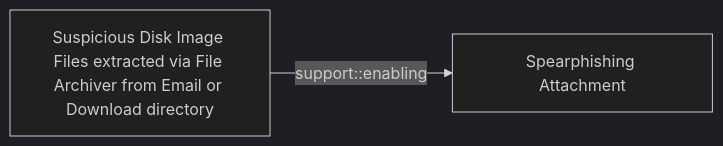
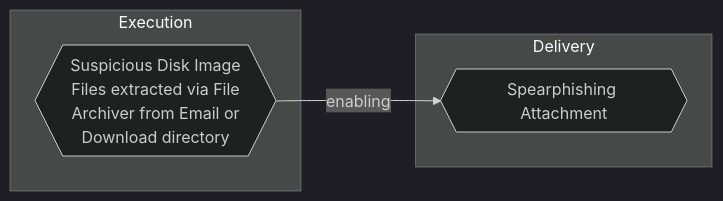
The diagram in docs/threats/suspicious-disk-image-files-extracted-via-file-archiver-from-email-or-download-directory.md (opentidehq/library), drawn with Mermaid (dark theme) before and after one commit. The commit also changed other lines of this file and 540 other files, not shown here.

````diff
--- a/docs/threats/suspicious-disk-image-files-extracted-via-file-archiver-from-email-or-download-directory.md
+++ b/docs/threats/suspicious-disk-image-files-extracted-via-file-archiver-from-email-or-download-directory.md
@@ -73,6 +86,10 @@
 ```mermaid
 flowchart LR
-ebdf49a9_52cb_43a5_8849_8110765f4fe1["Suspicious Disk Image Files extracted via File Archiver from Email or Download directory"]
-dd5d942c_bac4_4000_b9a6_ca4fef6cfb84["Spearphishing Attachment"]
-ebdf49a9_52cb_43a5_8849_8110765f4fe1 -->|support::enabling| dd5d942c_bac4_4000_b9a6_ca4fef6cfb84
+subgraph "Execution"
+ebdf49a9_52cb_43a5_8849_8110765f4fe1{{"Suspicious Disk Image<br>Files extracted via File<br>Archiver from Email or<br>Download directory"}}
+end
+subgraph "Delivery"
+dd5d942c_bac4_4000_b9a6_ca4fef6cfb84{{"Spearphishing Attachment"}}
+end
+ebdf49a9_52cb_43a5_8849_8110765f4fe1 -->|enabling| dd5d942c_bac4_4000_b9a6_ca4fef6cfb84
 ```
````
